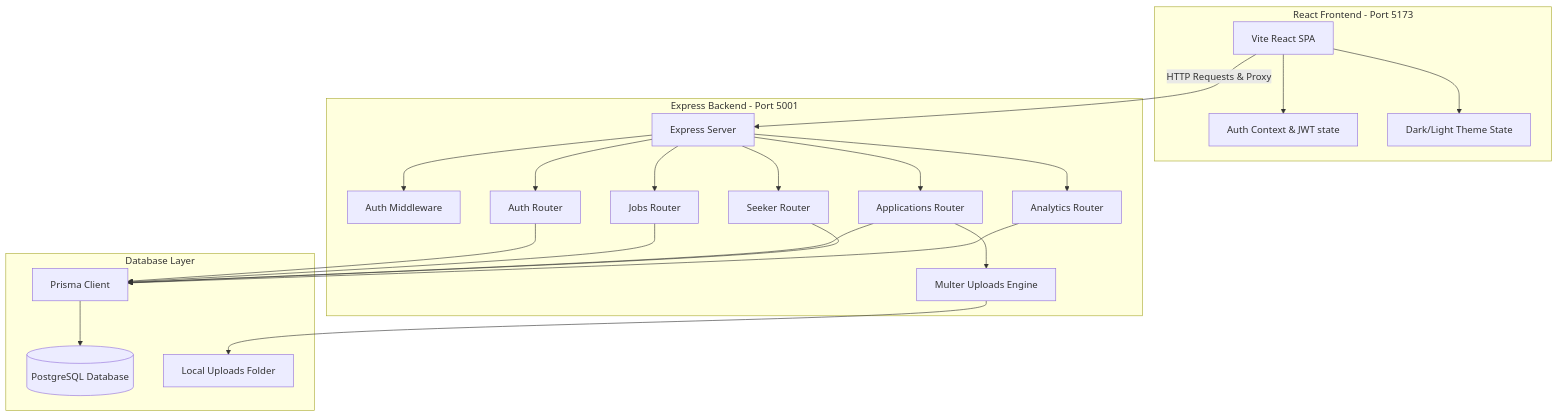
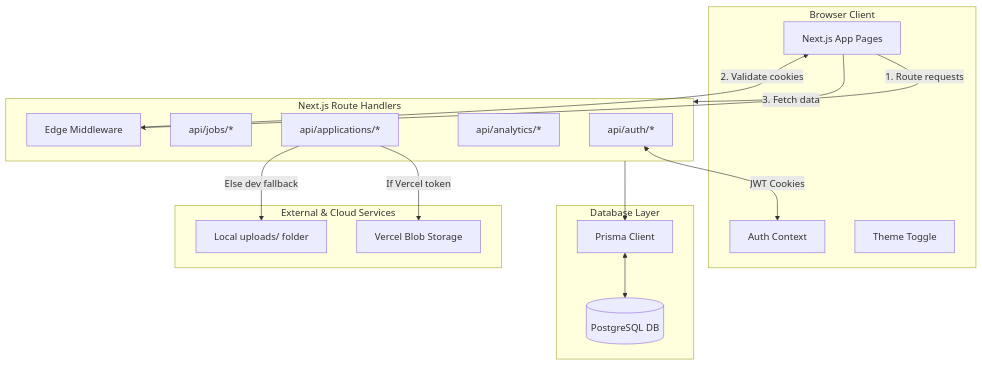
One commit to karteeksai1/job_board changed the diagram in README.md. Above: the diagram before and after it, drawn with Mermaid. The commit also changed other lines of this file and 98 other files, not shown here.

````diff
--- a/README.md
+++ b/README.md
@@ -11,47 +46,42 @@
 ```mermaid
 graph TD
-    subgraph Client [React Frontend - Port 5173]
-        UI[Vite React SPA]
-        Ctx[Auth Context & JWT state]
-        Theme[Dark/Light Theme State]
-        UI --> Ctx
-        UI --> Theme
-    end
-    
-    subgraph API [Express Backend - Port 5001]
-        Server[Express Server]
-        AuthMid[Auth Middleware]
-        Multer[Multer Uploads Engine]
-        
-        RouterAuth[Auth Router]
-        RouterJobs[Jobs Router]
-        RouterApps[Applications Router]
-        RouterSeek[Seeker Router]
-        RouterAnal[Analytics Router]
-        
-        Server --> AuthMid
-        Server --> RouterAuth
-        Server --> RouterJobs
-        Server --> RouterApps
-        Server --> RouterSeek
-        Server --> RouterAnal
+    subgraph Client [Browser Client]
+        UI[Next.js App Pages]
+        AuthCtx[Auth Context]
+        Theme[Theme Toggle]
     end
 
-    subgraph Storage [Database Layer]
-        Prisma[Prisma Client]
-        Postgres[(PostgreSQL Database)]
-        Uploads[Local Uploads Folder]
-        
-        RouterAuth --> Prisma
-        RouterJobs --> Prisma
-        RouterApps --> Prisma
-        RouterApps --> Multer
-        RouterSeek --> Prisma
-        RouterAnal --> Prisma
-        
-        Multer --> Uploads
-        Prisma --> Postgres
+    subgraph API [Next.js Route Handlers]
+        AuthAPI[api/auth/*]
+        JobsAPI[api/jobs/*]
+        AppAPI[api/applications/*]
+        AnalyticsAPI[api/analytics/*]
+        Middleware[Edge Middleware]
     end
 
-    UI -- HTTP Requests & Proxy --> Server
+    subgraph Services [External & Cloud Services]
+        Blob[Vercel Blob Storage]
+        LocalFS[Local uploads/ folder]
+    end
+
+    subgraph Database [Database Layer]
+        Prisma[Prisma Client]
+        Postgres[(PostgreSQL DB)]
+    end
+
+    %% Client and Middleware flow
+    UI -->|1. Route requests| Middleware
+    Middleware -->|2. Validate cookies| UI
+    UI -->|3. Fetch data| API
+
+    %% Authentication Flow
+    AuthAPI <-->|JWT Cookies| AuthCtx
+
+    %% File Upload Flow
+    AppAPI -->|If Vercel token| Blob
+    AppAPI -->|Else dev fallback| LocalFS
+
+    %% DB Query Flow
+    API --> Prisma
+    Prisma <--> Postgres
 ```
````
